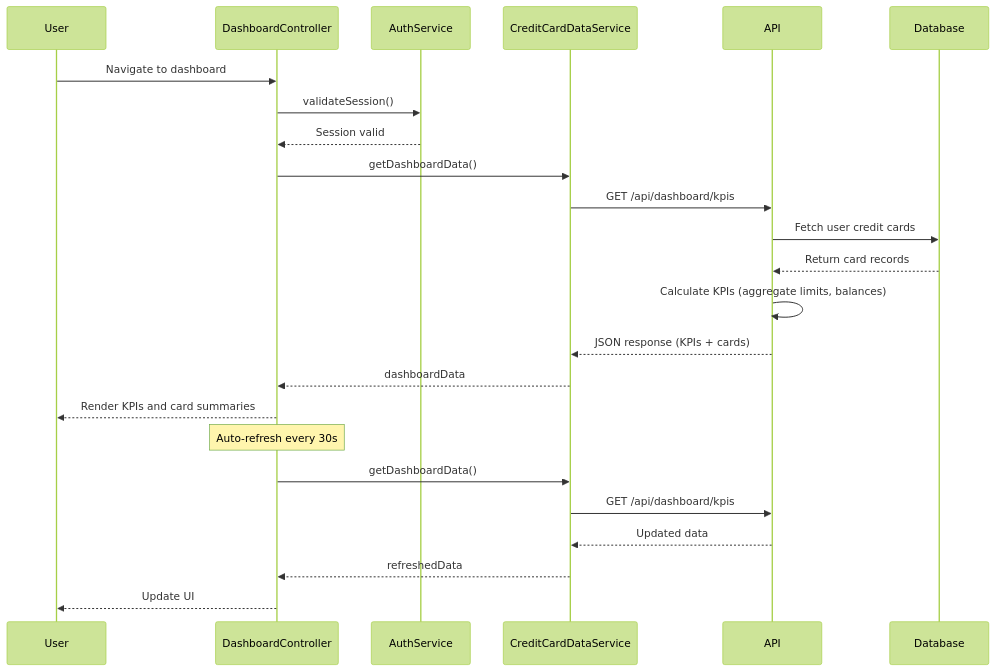
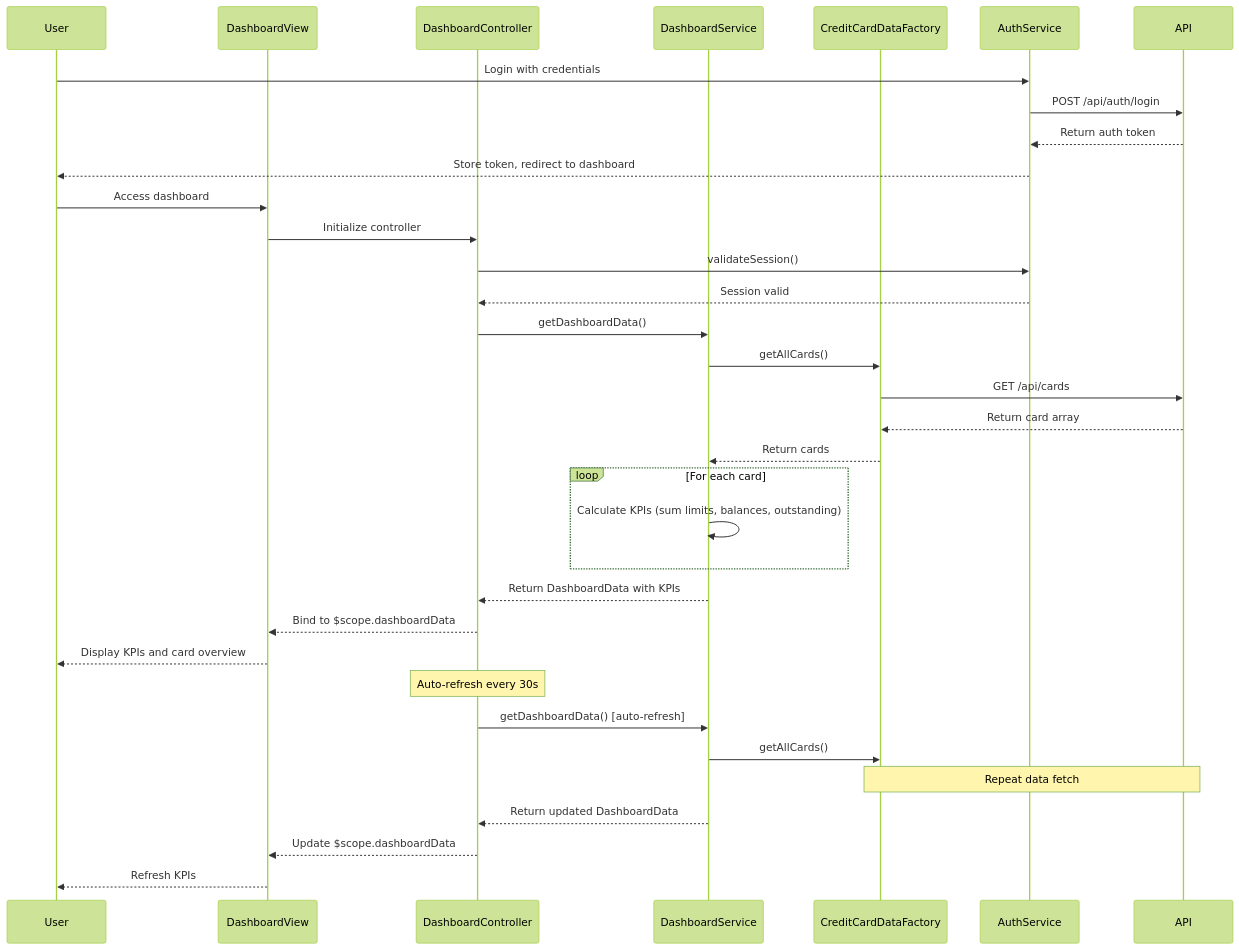
The diagram in LLD/QE-7872_LLD.md (AAVA-Demo/APB_Demo), drawn with Mermaid (forest theme) before and after one commit. The commit also changed other lines of this file and 5 other files, not shown here.

````diff
--- a/LLD/QE-7872_LLD.md
+++ b/LLD/QE-7872_LLD.md
@@ -74,27 +86,37 @@
 ```mermaid
 sequenceDiagram
     participant User
+    participant DashboardView
     participant DashboardController
+    participant DashboardService
+    participant CreditCardDataFactory
     participant AuthService
-    participant CreditCardDataService
     participant API
-    participant Database
 
-    User->>DashboardController: Navigate to dashboard
+    User->>AuthService: Login with credentials
+    AuthService->>API: POST /api/auth/login
+    API-->>AuthService: Return auth token
+    AuthService-->>User: Store token, redirect to dashboard
+    User->>DashboardView: Access dashboard
+    DashboardView->>DashboardController: Initialize controller
     DashboardController->>AuthService: validateSession()
     AuthService-->>DashboardController: Session valid
-    DashboardController->>CreditCardDataService: getDashboardData()
-    CreditCardDataService->>API: GET /api/dashboard/kpis
-    API->>Database: Fetch user credit cards
-    Database-->>API: Return card records
-    API->>API: Calculate KPIs (aggregate limits, balances)
-    API-->>CreditCardDataService: JSON response (KPIs + cards)
-    CreditCardDataService-->>DashboardController: dashboardData
-    DashboardController-->>User: Render KPIs and card summaries
+    DashboardController->>DashboardService: getDashboardData()
+    DashboardService->>CreditCardDataFactory: getAllCards()
+    CreditCardDataFactory->>API: GET /api/cards
+    API-->>CreditCardDataFactory: Return card array
+    CreditCardDataFactory-->>DashboardService: Return cards
+    loop For each card
+        DashboardService->>DashboardService: Calculate KPIs (sum limits, balances, outstanding)
+    end
+    DashboardService-->>DashboardController: Return DashboardData with KPIs
+    DashboardController-->>DashboardView: Bind to $scope.dashboardData
+    DashboardView-->>User: Display KPIs and card overview
     Note over DashboardController: Auto-refresh every 30s
-    DashboardController->>CreditCardDataService: getDashboardData()
-    CreditCardDataService->>API: GET /api/dashboard/kpis
-    API-->>CreditCardDataService: Updated data
-    CreditCardDataService-->>DashboardController: refreshedData
-    DashboardController-->>User: Update UI
+    DashboardController->>DashboardService: getDashboardData() [auto-refresh]
+    DashboardService->>CreditCardDataFactory: getAllCards()
+    Note over CreditCardDataFactory,API: Repeat data fetch
+    DashboardService-->>DashboardController: Return updated DashboardData
+    DashboardController-->>DashboardView: Update $scope.dashboardData
+    DashboardView-->>User: Refresh KPIs
 ```
````
